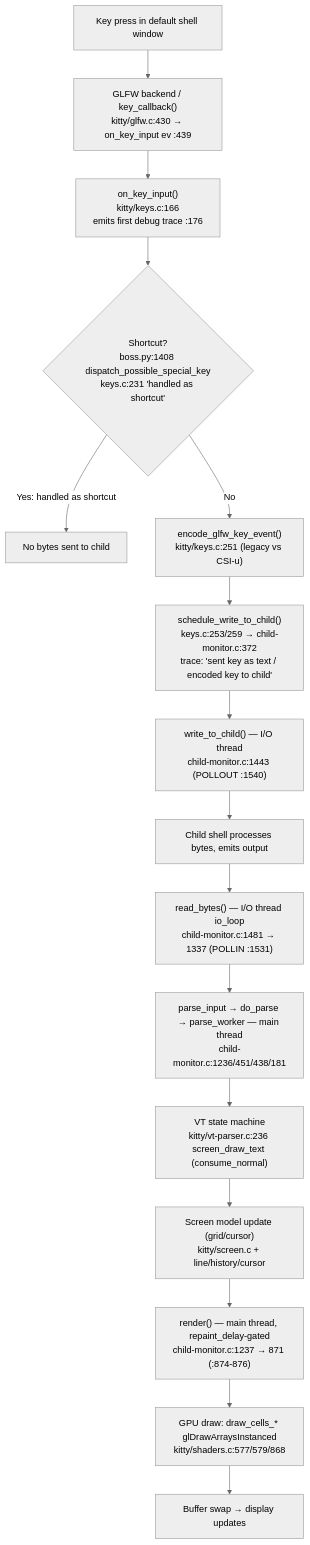
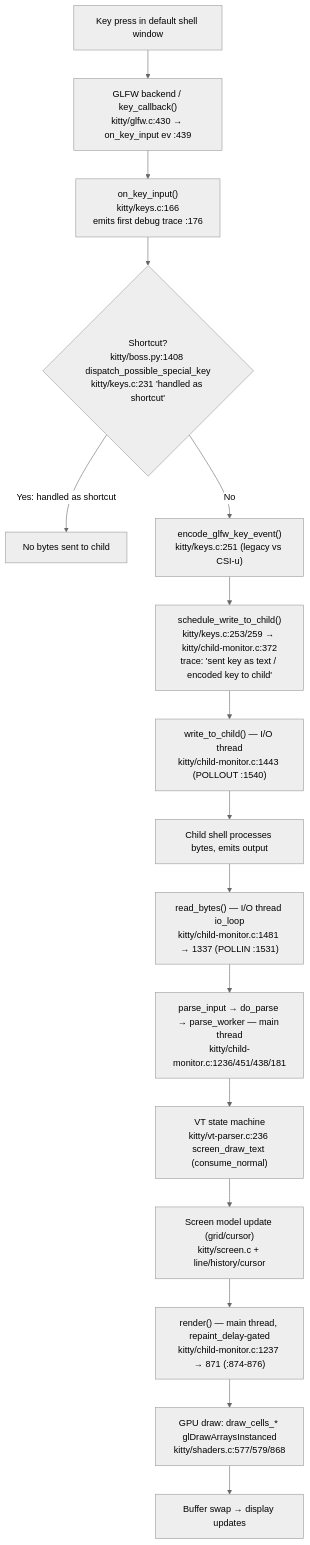
The diagram in blitzy/documentation/kitty_815df1e210e0.md (blitzy-research/kitty), drawn with Mermaid (neutral theme) before and after one commit. The commit also changed other lines of this file, not shown here.

Commit message:
docs: fix QA findings in kitty keyboard-input pipeline answer
Resolve two CRITICAL QA acceptance-gate findings in
blitzy/documentation/kitty_815df1e210e0.md (the only file changed):

- Issue 1 (citation accuracy): the Mermaid pipeline diagram used 8
  shortened root-relative file:line tokens that resolve to non-existent
  paths. Prefixed all 8 with 'kitty/' to match the (already-correct) prose
  citations: kitty/boss.py:1408, kitty/keys.c:231, kitty/keys.c:253,
  kitty/child-monitor.c:372/1443/1481/1236/1237. Literal file:line scan now
  reports 0 invalid of 120 references; each cited line verified to contain
  the claimed code.

- Issue 2 (pinned-commit claim): line 4 falsely asserted the pinned commit
  815df1e210e0a9ab4622f5c7f2d6891d7dbeddf1 was the 'git-confirmed HEAD'.
  Reworded line 4 and line 237 to state the truthful, verifiable relationship:
  it is the pinned SOURCE commit (the analysis anchor) and an ancestor of the
  delivery branch HEAD, which adds only this one documentation file on top
  (diff vs pinned = single addition), leaving all Kitty source files unchanged.

No Kitty source files modified; documentation-only change.

````diff
--- a/blitzy/documentation/kitty_815df1e210e0.md
+++ b/blitzy/documentation/kitty_815df1e210e0.md
@@ -202,19 +202,19 @@
 ```mermaid
 flowchart TD
     K[Key press in default shell window] --> G["GLFW backend / key_callback()<br/>kitty/glfw.c:430 → on_key_input ev :439"]
     G --> OKI["on_key_input()<br/>kitty/keys.c:166<br/>emits first debug trace :176"]
-    OKI --> SC{"Shortcut?<br/>boss.py:1408 dispatch_possible_special_key<br/>keys.c:231 'handled as shortcut'"}
+    OKI --> SC{"Shortcut?<br/>kitty/boss.py:1408 dispatch_possible_special_key<br/>kitty/keys.c:231 'handled as shortcut'"}
     SC -- "Yes: handled as shortcut" --> NOOUT[No bytes sent to child]
     SC -- "No" --> ENC["encode_glfw_key_event()<br/>kitty/keys.c:251 (legacy vs CSI-u)"]
-    ENC --> SCHED["schedule_write_to_child()<br/>keys.c:253/259 → child-monitor.c:372<br/>trace: 'sent key as text / encoded key to child'"]
-    SCHED --> WTC["write_to_child() — I/O thread<br/>child-monitor.c:1443 (POLLOUT :1540)"]
+    ENC --> SCHED["schedule_write_to_child()<br/>kitty/keys.c:253/259 → kitty/child-monitor.c:372<br/>trace: 'sent key as text / encoded key to child'"]
+    SCHED --> WTC["write_to_child() — I/O thread<br/>kitty/child-monitor.c:1443 (POLLOUT :1540)"]
     WTC --> CHILD[Child shell processes bytes, emits output]
-    CHILD --> RB["read_bytes() — I/O thread io_loop<br/>child-monitor.c:1481 → 1337 (POLLIN :1531)"]
-    RB --> PARSE["parse_input → do_parse → parse_worker — main thread<br/>child-monitor.c:1236/451/438/181"]
+    CHILD --> RB["read_bytes() — I/O thread io_loop<br/>kitty/child-monitor.c:1481 → 1337 (POLLIN :1531)"]
+    RB --> PARSE["parse_input → do_parse → parse_worker — main thread<br/>kitty/child-monitor.c:1236/451/438/181"]
     PARSE --> VT["VT state machine<br/>kitty/vt-parser.c:236 screen_draw_text (consume_normal)"]
     VT --> SCREEN["Screen model update (grid/cursor)<br/>kitty/screen.c + line/history/cursor"]
-    SCREEN --> RENDER["render() — main thread, repaint_delay-gated<br/>child-monitor.c:1237 → 871 (:874-876)"]
+    SCREEN --> RENDER["render() — main thread, repaint_delay-gated<br/>kitty/child-monitor.c:1237 → 871 (:874-876)"]
     RENDER --> SHADERS["GPU draw: draw_cells_* glDrawArraysInstanced<br/>kitty/shaders.c:577/579/868"]
     SHADERS --> DISPLAY[Buffer swap → display updates]
 %% Observed via --debug-input / --debug-rendering / --dump-bytes; trace sink kitty/logging.c:56/61
 ```
````
